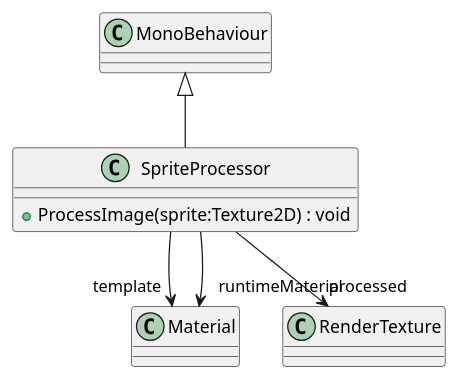
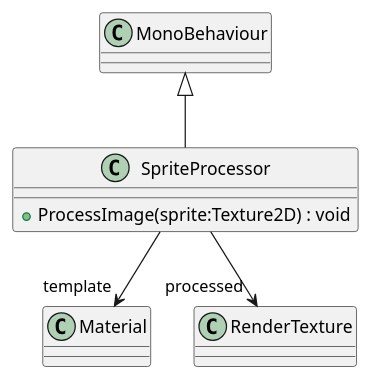
The diagram in UML/Assets/Scripts/SpriteProcessor.puml (streepje8/ToolDev2023), drawn with PlantUML before and after one commit. The commit also changed 13 other files, not shown here.

Commit message:
Generate UML (Generate UML)

```diff
--- a/UML/Assets/Scripts/SpriteProcessor.puml
+++ b/UML/Assets/Scripts/SpriteProcessor.puml
@@ -1,9 +1,8 @@
 @startuml
 class SpriteProcessor {
     + ProcessImage(sprite:Texture2D) : void
 }
 MonoBehaviour <|-- SpriteProcessor
 SpriteProcessor --> "template" Material
-SpriteProcessor --> "runtimeMaterial" Material
 SpriteProcessor --> "processed" RenderTexture
 @enduml
```
